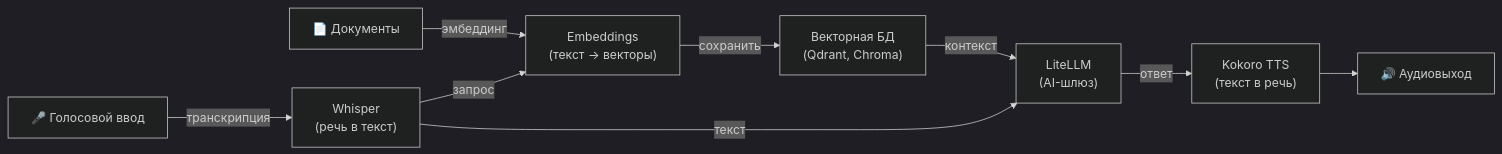
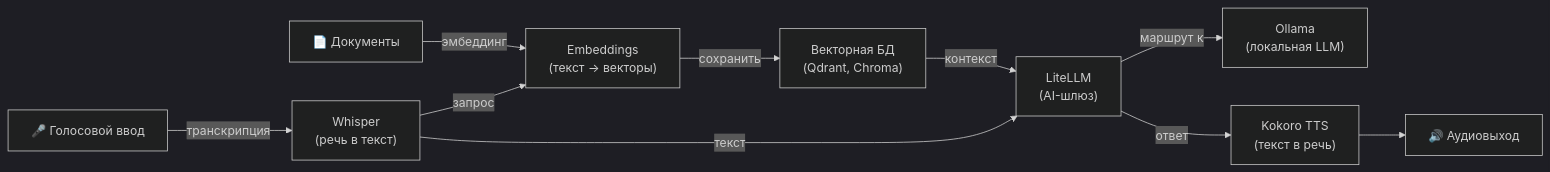
The diagram in README-ru.md (hwdsl2/whisper-install), drawn with Mermaid (dark theme) before and after one commit. The commit also changed other lines of this file and 3 other files, not shown here.

````diff
--- a/README-ru.md
+++ b/README-ru.md
@@ -443,11 +443,12 @@
 ```mermaid
 graph LR
     D["📄 Документы"] -->|эмбеддинг| E["Embeddings<br/>(текст → векторы)"]
     E -->|сохранить| VDB["Векторная БД<br/>(Qdrant, Chroma)"]
     A["🎤 Голосовой ввод"] -->|транскрипция| W["Whisper<br/>(речь в текст)"]
     W -->|запрос| E
     VDB -->|контекст| L["LiteLLM<br/>(AI-шлюз)"]
     W -->|текст| L
+    L -->|маршрут к| O["Ollama<br/>(локальная LLM)"]
     L -->|ответ| T["Kokoro TTS<br/>(текст в речь)"]
     T --> B["🔊 Аудиовыход"]
 ```
````
